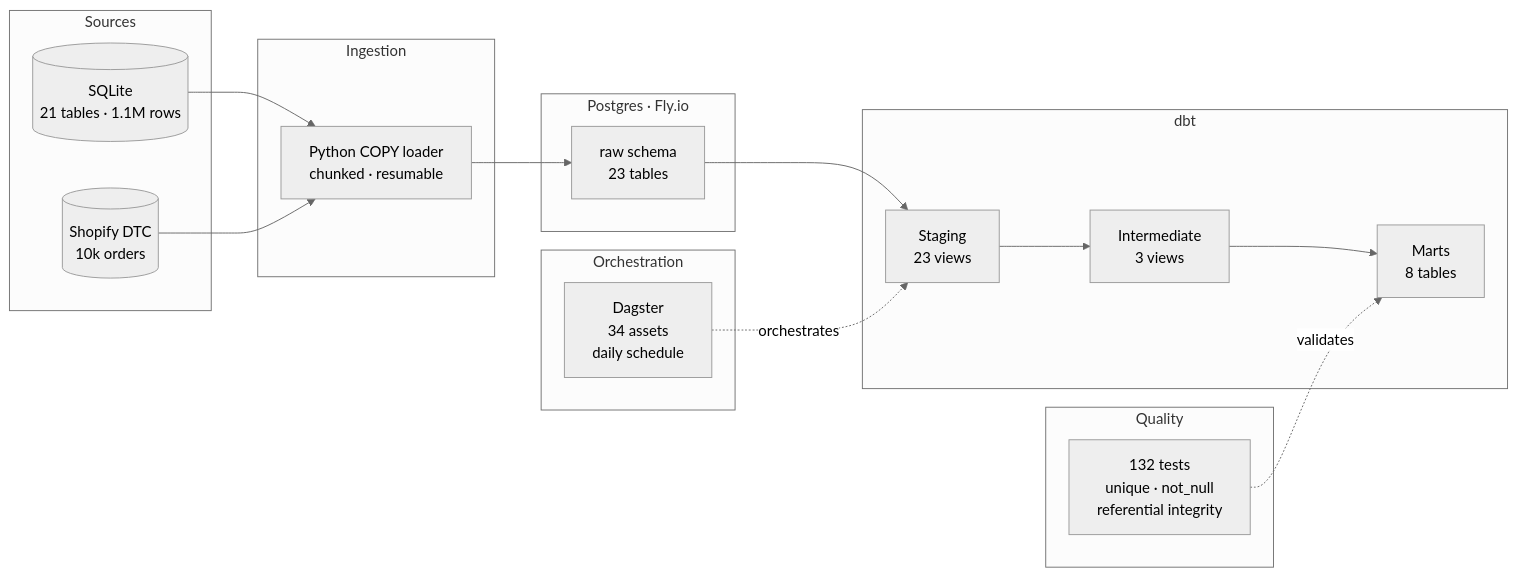
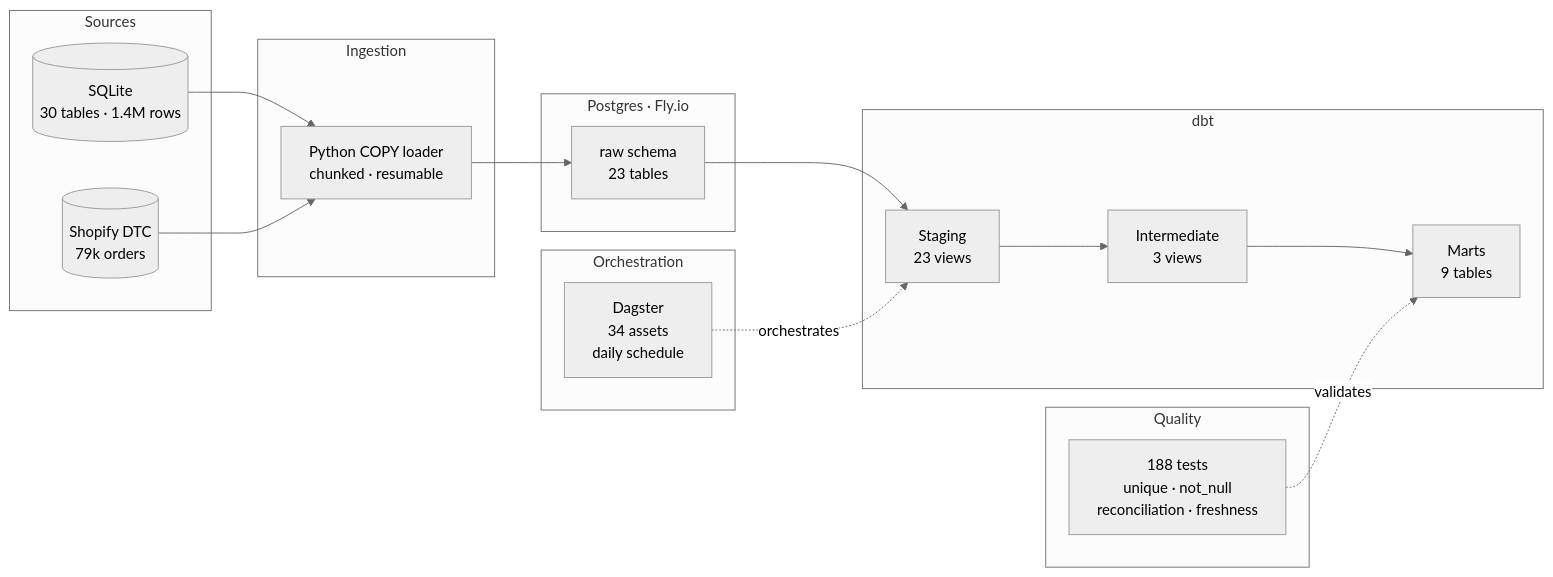
Before and after one commit to MsShawnP/cinderhaven-data-platform: the diagram in README.md, drawn with Mermaid (neutral theme). The commit also changed other lines of this file and 10 other files, not shown here.

First line of the commit message:
feat: add data integrity layer — packages, freshness, reconciliation tests, reload script

````diff
--- a/README.md
+++ b/README.md
@@ -14,38 +14,38 @@
 ```mermaid
 graph LR
     subgraph Sources
-        S1[("SQLite<br/>21 tables · 1.1M rows")]
-        S2[("Shopify DTC<br/>10k orders")]
+        S1[("SQLite<br/>30 tables · 1.4M rows")]
+        S2[("Shopify DTC<br/>79k orders")]
     end
 
     subgraph Ingestion
         I["Python COPY loader<br/>chunked · resumable"]
     end
 
     subgraph "Postgres · Fly.io"
         R["raw schema<br/>23 tables"]
     end
 
     subgraph "dbt"
         D1["Staging<br/>23 views"]
         D2["Intermediate<br/>3 views"]
-        D3["Marts<br/>8 tables"]
+        D3["Marts<br/>9 tables"]
     end
 
     subgraph Quality
-        T["132 tests<br/>unique · not_null<br/>referential integrity"]
+        T["188 tests<br/>unique · not_null<br/>reconciliation · freshness"]
     end
 
     subgraph Orchestration
         G["Dagster<br/>34 assets<br/>daily schedule"]
     end
 
     S1 --> I
     S2 --> I
     I --> R
     R --> D1
     D1 --> D2
     D2 --> D3
     T -. "validates" .-> D3
     G -. "orchestrates" .-> D1
 ```
````
